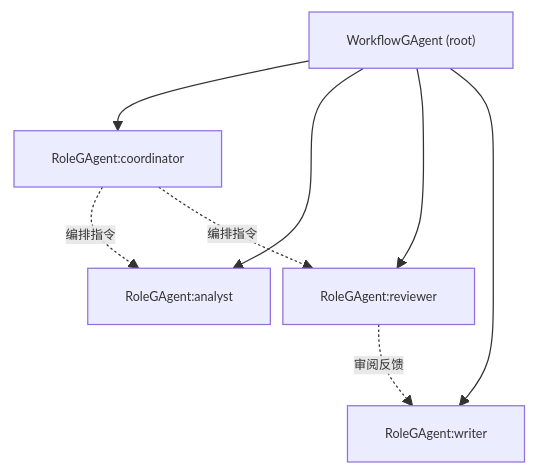
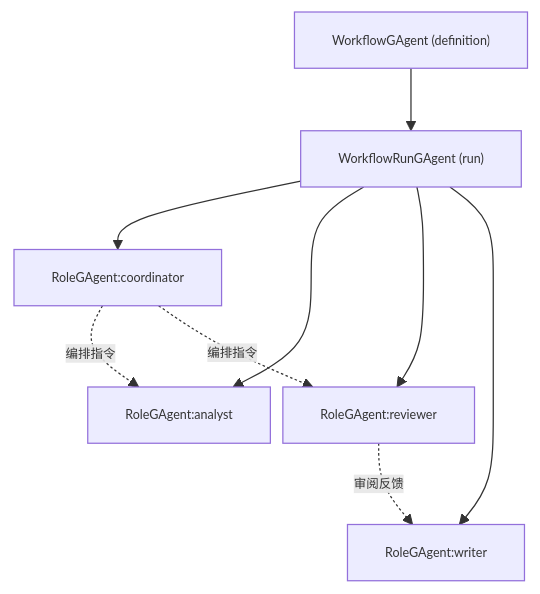
The fifth of 19 diagrams in docs/architecture/AEVATAR_MAINNET_ARCHITECTURE.md (aevatarAI/aevatar), drawn with Mermaid before and after one commit. The commit also changed other lines of this file and 92 other files, not shown here.

First line of the commit message:
Refactor workflow architecture to separate definition and run actors

````diff
--- a/docs/architecture/AEVATAR_MAINNET_ARCHITECTURE.md
+++ b/docs/architecture/AEVATAR_MAINNET_ARCHITECTURE.md
@@ -247,18 +249,20 @@
 ```mermaid
 %%{init: {"maxTextSize": 100000, "flowchart": {"useMaxWidth": false, "nodeSpacing": 10, "rankSpacing": 50}, "themeVariables": {"fontSize": "10px"}}}%%
 flowchart TB
-    WF["WorkflowGAgent (root)"]
+    WF["WorkflowGAgent (definition)"]
+    Run["WorkflowRunGAgent (run)"]
     R1["RoleGAgent:coordinator"]
     R2["RoleGAgent:analyst"]
     R3["RoleGAgent:reviewer"]
     R4["RoleGAgent:writer"]
 
-    WF --> R1
-    WF --> R2
-    WF --> R3
-    WF --> R4
+    WF --> Run
+    Run --> R1
+    Run --> R2
+    Run --> R3
+    Run --> R4
 
     R1 -.->|"编排指令"| R2
     R1 -.->|"编排指令"| R3
     R3 -.->|"审阅反馈"| R4
 ```
````
